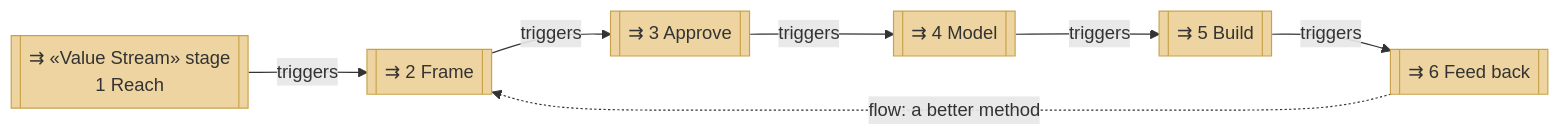
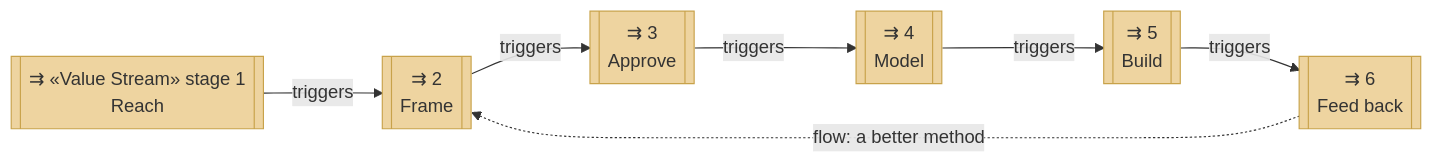
Before and after one commit to roanboc/architecture-archreator: the second of 4 diagrams in organization/docs/ea/1_strategy/3_value-stream.md, drawn with Mermaid. The commit also changed other lines of this file and 6 other files, not shown here.

````diff
--- a/organization/docs/ea/1_strategy/3_value-stream.md
+++ b/organization/docs/ea/1_strategy/3_value-stream.md
@@ -53,18 +53,18 @@
 ```mermaid
 flowchart LR
-  s1[["⇉ «Value Stream» stage<br>1 Reach"]]:::stage
-  s2[["⇉ 2 Frame"]]:::stage
-  s3[["⇉ 3 Approve"]]:::stage
-  s4[["⇉ 4 Model"]]:::stage
-  s5[["⇉ 5 Build"]]:::stage
-  s6[["⇉ 6 Feed back"]]:::stage
+  s1[["⇉ «Value Stream» stage 1<br>Reach"]]:::stage
+  s2[["⇉ 2<br>Frame"]]:::stage
+  s3[["⇉ 3<br>Approve"]]:::stage
+  s4[["⇉ 4<br>Model"]]:::stage
+  s5[["⇉ 5<br>Build"]]:::stage
+  s6[["⇉ 6<br>Feed back"]]:::stage
 
   s1 -->|triggers| s2
   s2 -->|triggers| s3
   s3 -->|triggers| s4
   s4 -->|triggers| s5
   s5 -->|triggers| s6
   s6 -.->|flow: a better method| s2
 
   classDef stage fill:#eed4a0,stroke:#c8a24a,color:#333
 ```
````
